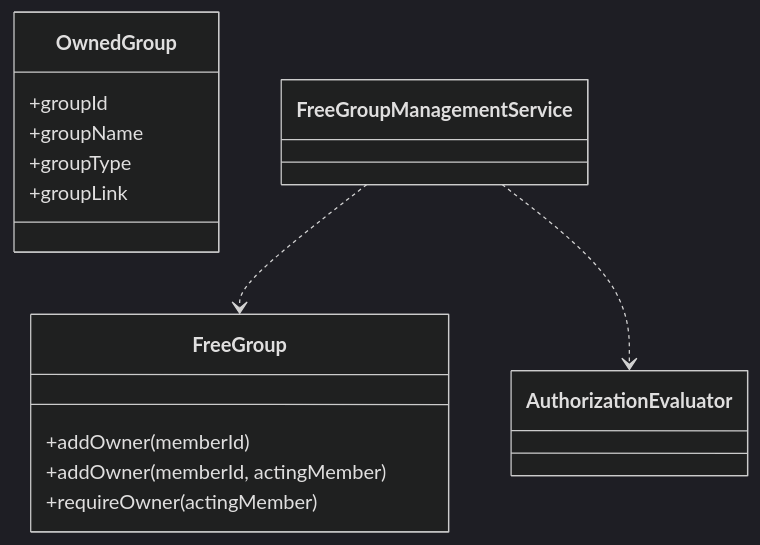
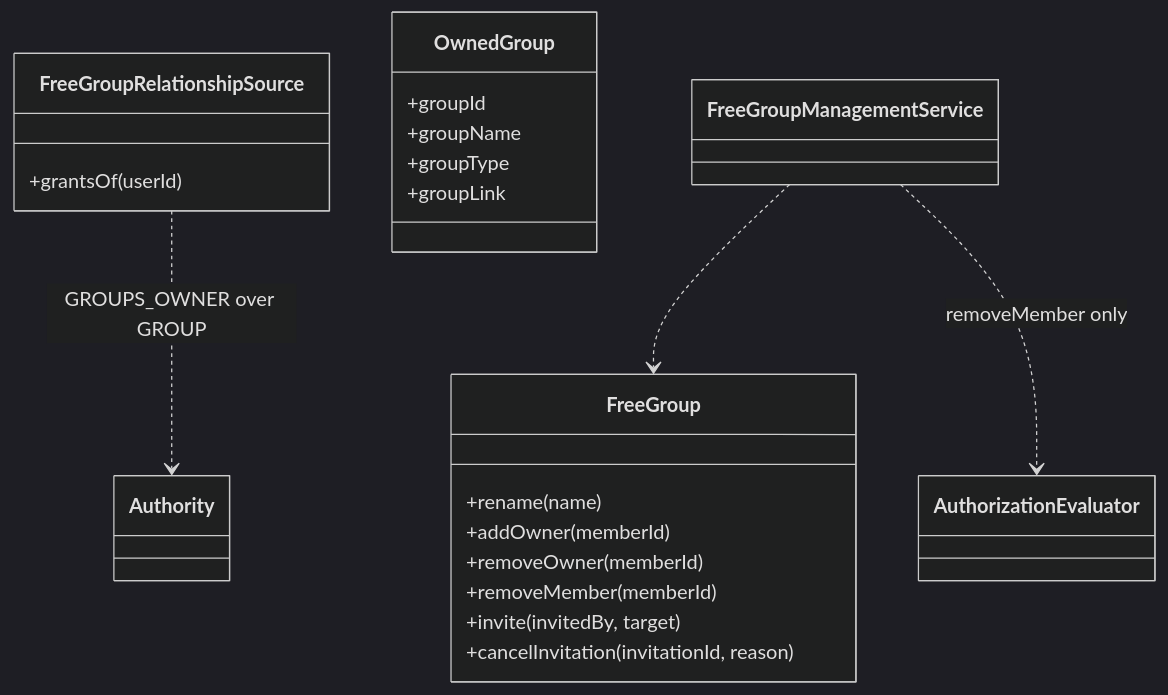
One commit to zabiny/klabis changed the second of 2 diagrams in openspec/changes/resolve-group-ownership-on-suspension/design.md. Above: the diagram before and after it, drawn with Mermaid (dark theme). The commit also changed other lines of this file and 2 other files, not shown here.

First line of the commit message:
docs(openspec): authorize free groups via GROUPS:OWNER relationship authority (#398)

````diff
--- a/openspec/changes/resolve-group-ownership-on-suspension/design.md
+++ b/openspec/changes/resolve-group-ownership-on-suspension/design.md
@@ -130,16 +144,23 @@
 ```mermaid
 classDiagram
     class FreeGroup {
+        +rename(name)
         +addOwner(memberId)
-        +addOwner(memberId, actingMember)
-        +requireOwner(actingMember)
+        +removeOwner(memberId)
+        +removeMember(memberId)
+        +invite(invitedBy, target)
+        +cancelInvitation(invitationId, reason)
+    }
+    class FreeGroupRelationshipSource {
+        +grantsOf(userId)
     }
     class OwnedGroup {
         +groupId
         +groupName
         +groupType
         +groupLink
     }
+    FreeGroupRelationshipSource ..> Authority : GROUPS_OWNER over GROUP
     FreeGroupManagementService ..> FreeGroup
-    FreeGroupManagementService ..> AuthorizationEvaluator
+    FreeGroupManagementService ..> AuthorizationEvaluator : removeMember only
 ```
````
